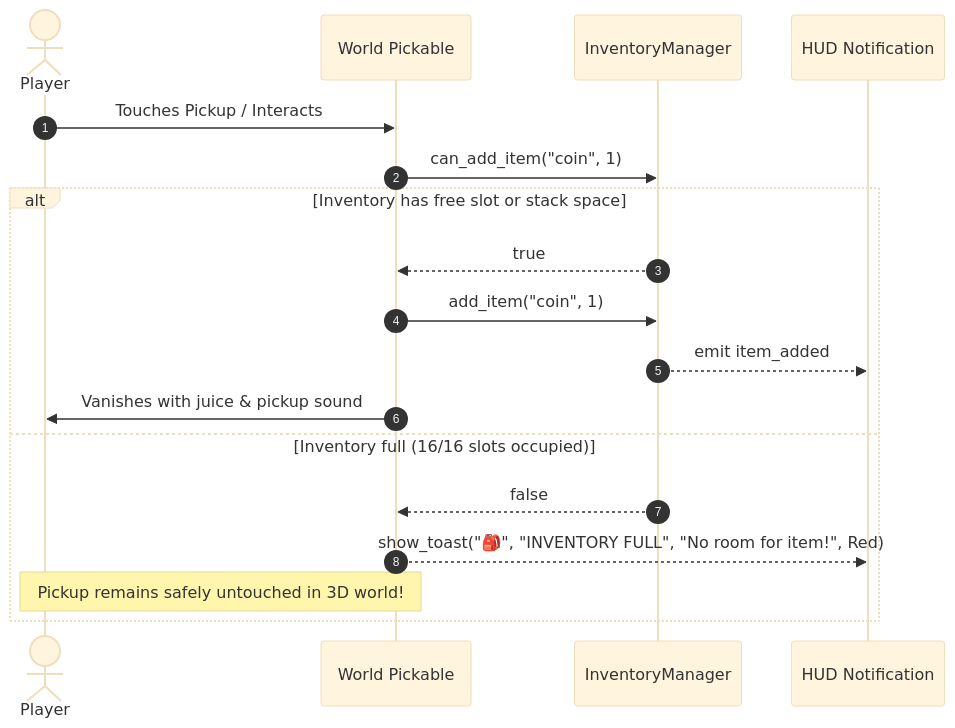
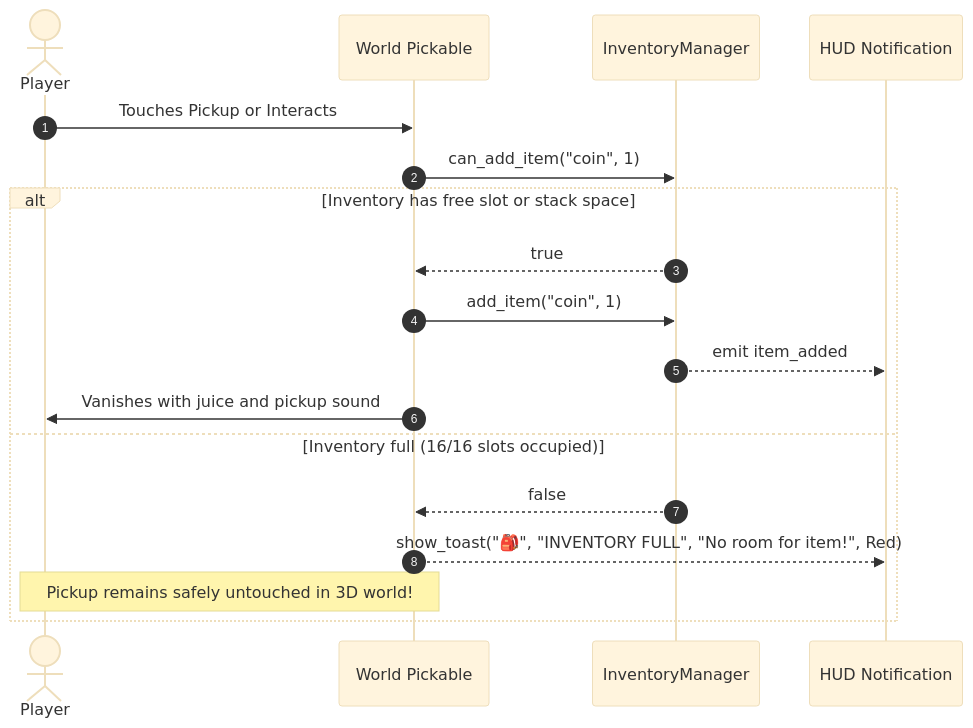
Before and after one commit to jaluraDEV/jalura-framework: the second of 2 diagrams in docs/inventory_and_items.md, drawn with Mermaid (base theme). The commit also changed other lines of this file and 5 other files, not shown here.

Commit message:
fix(docs): resolve GitHub Mermaid diagram syntax errors and convert file links to relative paths

````diff
--- a/docs/inventory_and_items.md
+++ b/docs/inventory_and_items.md
@@ -58,21 +58,21 @@
 ```mermaid
 sequenceDiagram
     autonumber
     actor Player as Player
     participant WorldItem as World Pickable
     participant IM as InventoryManager
     participant HUD as HUD Notification
 
-    Player->>WorldItem: Touches Pickup / Interacts
+    Player->>WorldItem: Touches Pickup or Interacts
     WorldItem->>IM: can_add_item("coin", 1)
     alt Inventory has free slot or stack space
         IM-->>WorldItem: true
         WorldItem->>IM: add_item("coin", 1)
         IM-->>HUD: emit item_added
-        WorldItem->>Player: Vanishes with juice & pickup sound
+        WorldItem->>Player: Vanishes with juice and pickup sound
     else Inventory full (16/16 slots occupied)
         IM-->>WorldItem: false
         WorldItem-->>HUD: show_toast("🎒", "INVENTORY FULL", "No room for item!", Red)
         Note over WorldItem,Player: Pickup remains safely untouched in 3D world!
     end
 ```
````
